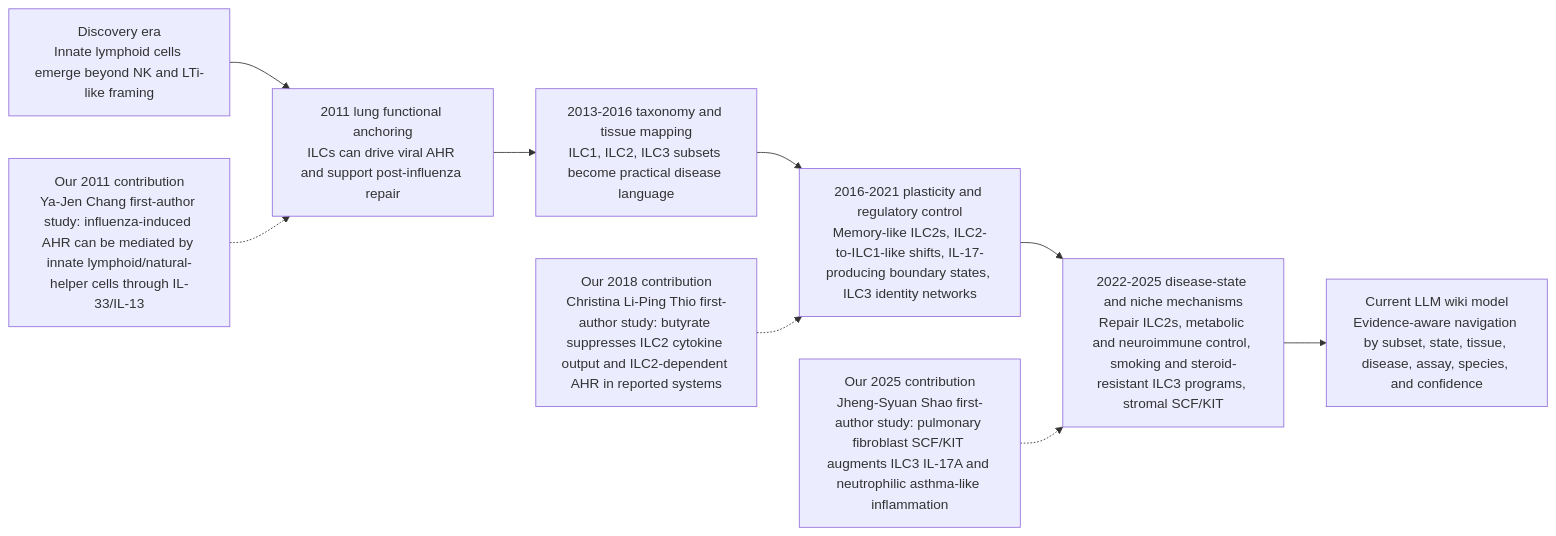
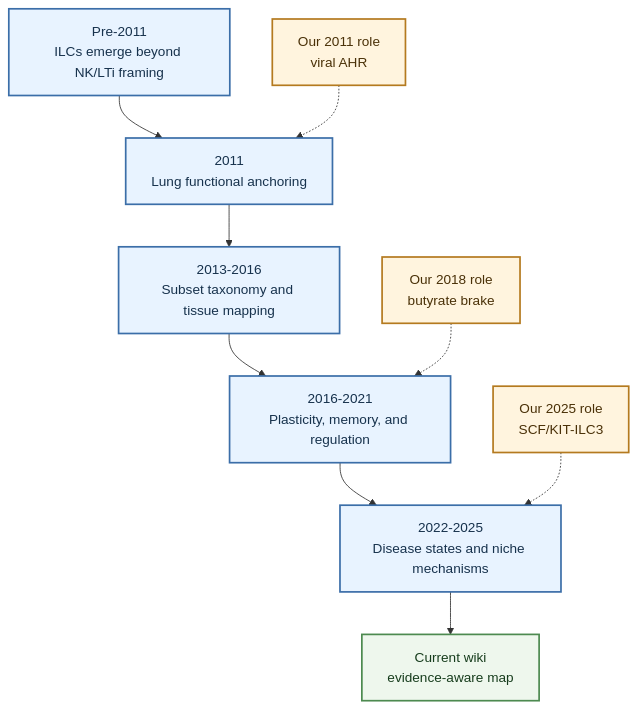
One commit to shao1116/ILC-Wiki changed the diagram in wiki/digests/2026-04-20_ILC_research_trend_then_to_now.md. Above: the diagram before and after it, drawn with Mermaid. The commit also changed other lines of this file and 14 other files, not shown here.

````diff
--- a/wiki/digests/2026-04-20_ILC_research_trend_then_to_now.md
+++ b/wiki/digests/2026-04-20_ILC_research_trend_then_to_now.md
@@ -26,12 +26,23 @@
 ```mermaid
-flowchart LR
-    A["Discovery era\nInnate lymphoid cells emerge beyond NK and LTi-like framing"] --> B["2011 lung functional anchoring\nILCs can drive viral AHR and support post-influenza repair"]
-    B --> C["2013-2016 taxonomy and tissue mapping\nILC1, ILC2, ILC3 subsets become practical disease language"]
-    C --> D["2016-2021 plasticity and regulatory control\nMemory-like ILC2s, ILC2-to-ILC1-like shifts, IL-17-producing boundary states, ILC3 identity networks"]
-    D --> E["2022-2025 disease-state and niche mechanisms\nRepair ILC2s, metabolic and neuroimmune control, smoking and steroid-resistant ILC3 programs, stromal SCF/KIT"]
-    E --> F["Current LLM wiki model\nEvidence-aware navigation by subset, state, tissue, disease, assay, species, and confidence"]
+flowchart TB
+    accTitle: ILC Knowledge Evolution
+    accDescr: Vertical timeline showing how ILC research evolved from discovery into lung functional biology, subset taxonomy, plasticity, niche mechanisms, and the current evidence-aware wiki model.
 
-    R1["Our 2011 contribution\nYa-Jen Chang first-author study: influenza-induced AHR can be mediated by innate lymphoid/natural-helper cells through IL-33/IL-13"] -.-> B
-    R2["Our 2018 contribution\nChristina Li-Ping Thio first-author study: butyrate suppresses ILC2 cytokine output and ILC2-dependent AHR in reported systems"] -.-> D
-    R3["Our 2025 contribution\nJheng-Syuan Shao first-author study: pulmonary fibroblast SCF/KIT augments ILC3 IL-17A and neutrophilic asthma-like inflammation"] -.-> E
+    A["Pre-2011<br/>ILCs emerge beyond NK/LTi framing"] --> B["2011<br/>Lung functional anchoring"]
+    B --> C["2013-2016<br/>Subset taxonomy and tissue mapping"]
+    C --> D["2016-2021<br/>Plasticity, memory, and regulation"]
+    D --> E["2022-2025<br/>Disease states and niche mechanisms"]
+    E --> F["Current wiki<br/>evidence-aware map"]
+
+    R1["Our 2011 role<br/>viral AHR"] -.-> B
+    R2["Our 2018 role<br/>butyrate brake"] -.-> D
+    R3["Our 2025 role<br/>SCF/KIT-ILC3"] -.-> E
+
+    classDef era fill:#e8f3ff,stroke:#3b6ea8,stroke-width:2px,color:#17324d
+    classDef current fill:#eef7ed,stroke:#4d8a50,stroke-width:2px,color:#173d1d
+    classDef our_work fill:#fff4de,stroke:#b47a1f,stroke-width:2px,color:#4a3108
+
+    class A,B,C,D,E era
+    class F current
+    class R1,R2,R3 our_work
 ```
````
